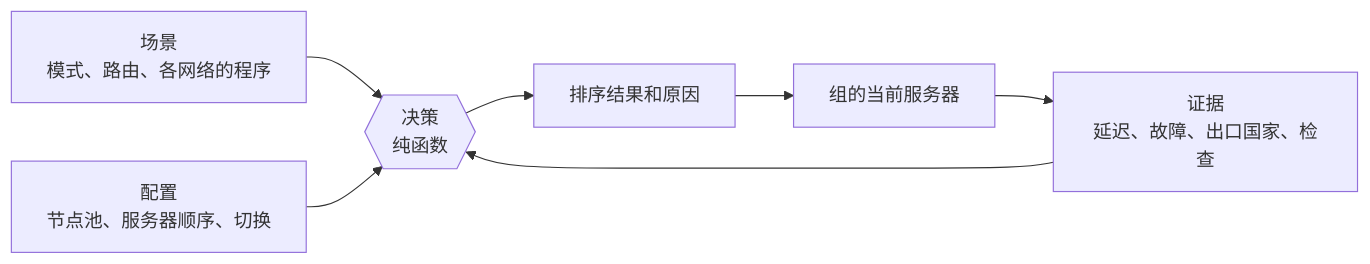
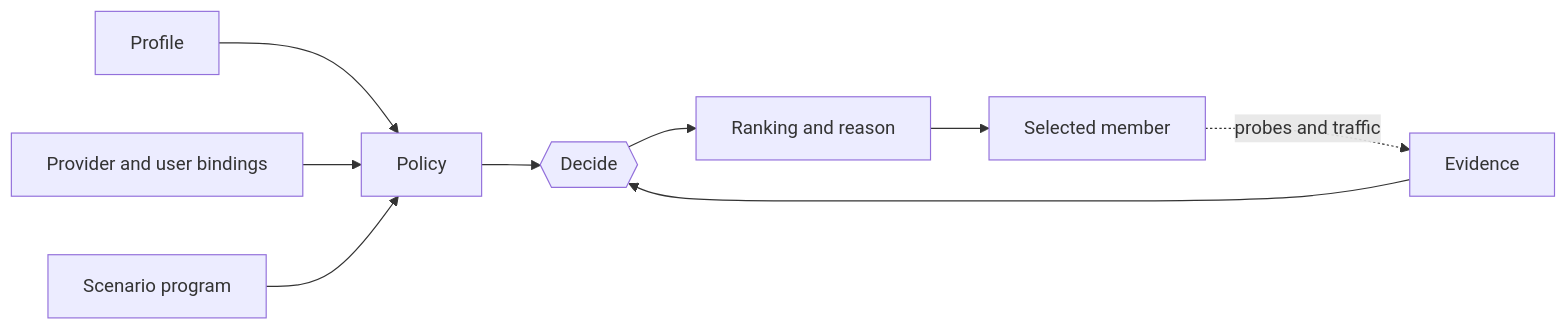
Before and after one commit to Hoxiee/ReClash: the diagram in docs/zh-CN/auto-routing/README.md, drawn with Mermaid. The commit also changed other lines of this file and 19 other files, not shown here.

````diff
--- a/docs/zh-CN/auto-routing/README.md
+++ b/docs/zh-CN/auto-routing/README.md
@@ -23,9 +17,11 @@
 ```mermaid
 flowchart LR
-    S[场景<br/>模式、路由、各网络的程序] --> G
-    P[配置<br/>节点池、服务器顺序、切换] --> G
-    E[证据<br/>延迟、故障、出口国家、检查] --> G
-    G{{决策<br/>纯函数}} --> R[排序结果和原因]
-    R --> N[组的当前服务器]
-    N --> E
+    Profile --> Policy
+    Binding[Provider and user bindings] --> Policy
+    Program[Scenario program] --> Policy
+    Policy --> Decide{{Decide}}
+    Evidence --> Decide
+    Decide --> Ranking[Ranking and reason]
+    Ranking --> Member[Selected member]
+    Member -. probes and traffic .-> Evidence
 ```
````
